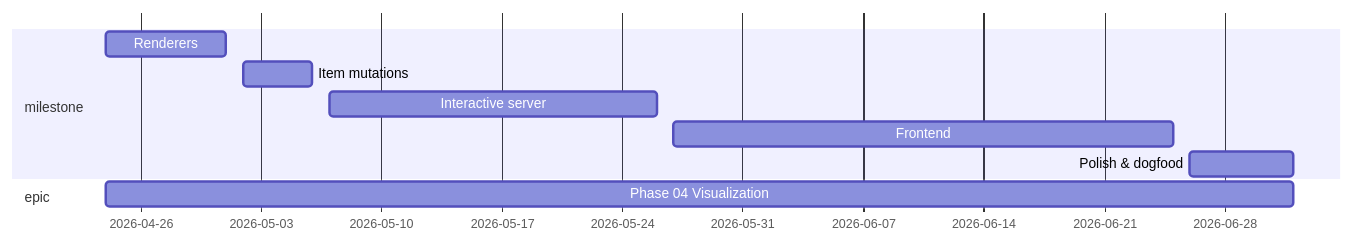
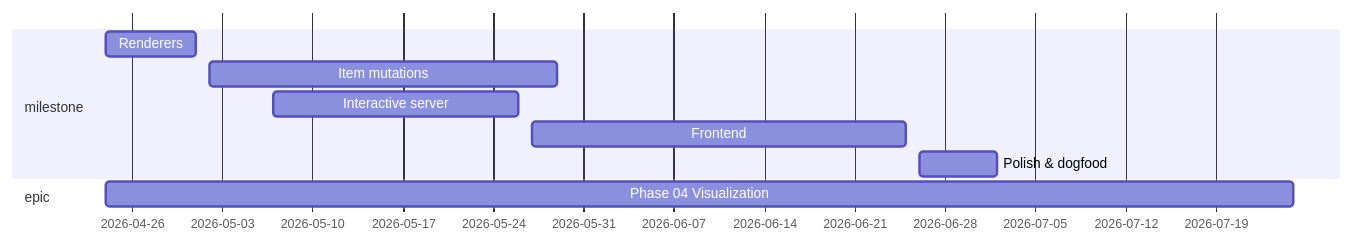
The diagram in views/roadmap-by-duration.md (jasdefer/Workdown), drawn with Mermaid before and after one commit. The commit also changed 51 other files, not shown here.

````diff
--- a/views/roadmap-by-duration.md
+++ b/views/roadmap-by-duration.md
@@ -5,12 +5,12 @@
 ```mermaid
 gantt
     dateFormat YYYY-MM-DD
     section milestone
     Renderers :renderers, 2026-04-24, 2026-05-01
-    Item mutations :item-mutations, 2026-05-02, 2026-05-06
+    Item mutations :item-mutations, 2026-05-02, 2026-05-29
     Interactive server :server, 2026-05-07, 2026-05-26
     Frontend :frontend, 2026-05-27, 2026-06-25
     Polish & dogfood :polish, 2026-06-26, 2026-07-02
     section epic
-    Phase 04 Visualization :phase-04-visualization, 2026-04-24, 2026-07-02
+    Phase 04 Visualization :phase-04-visualization, 2026-04-24, 2026-07-25
 ```
````
